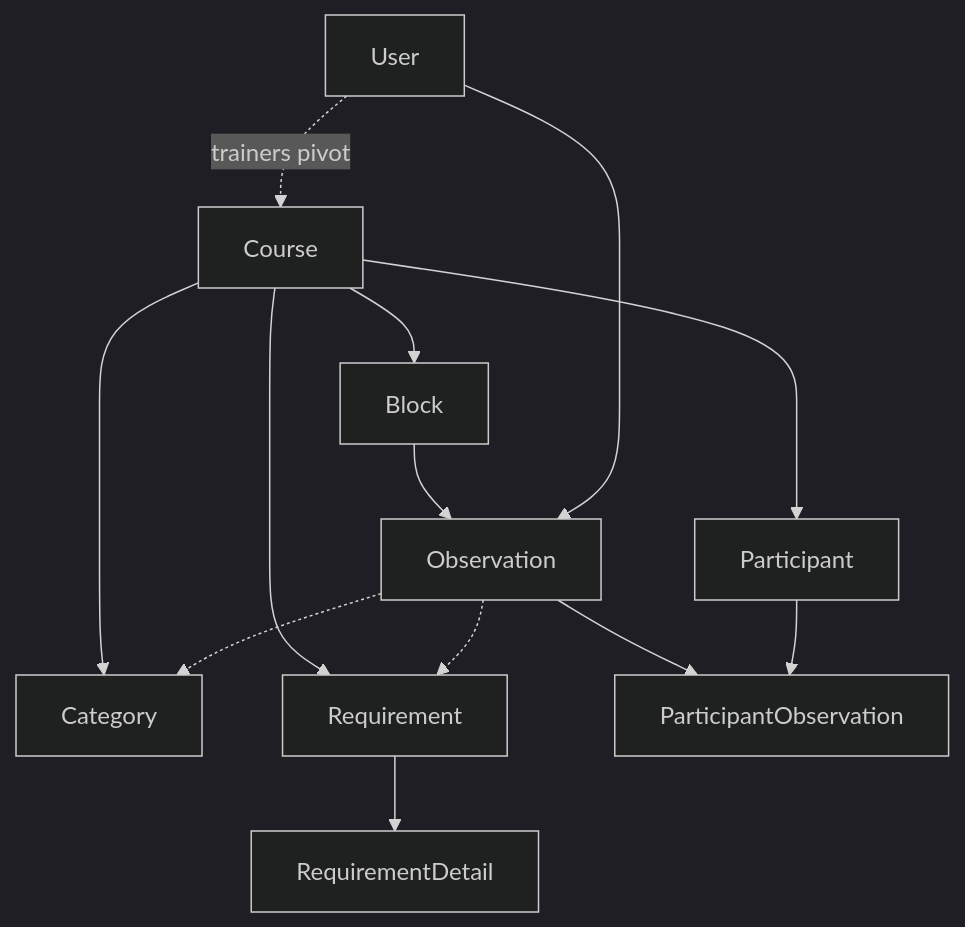
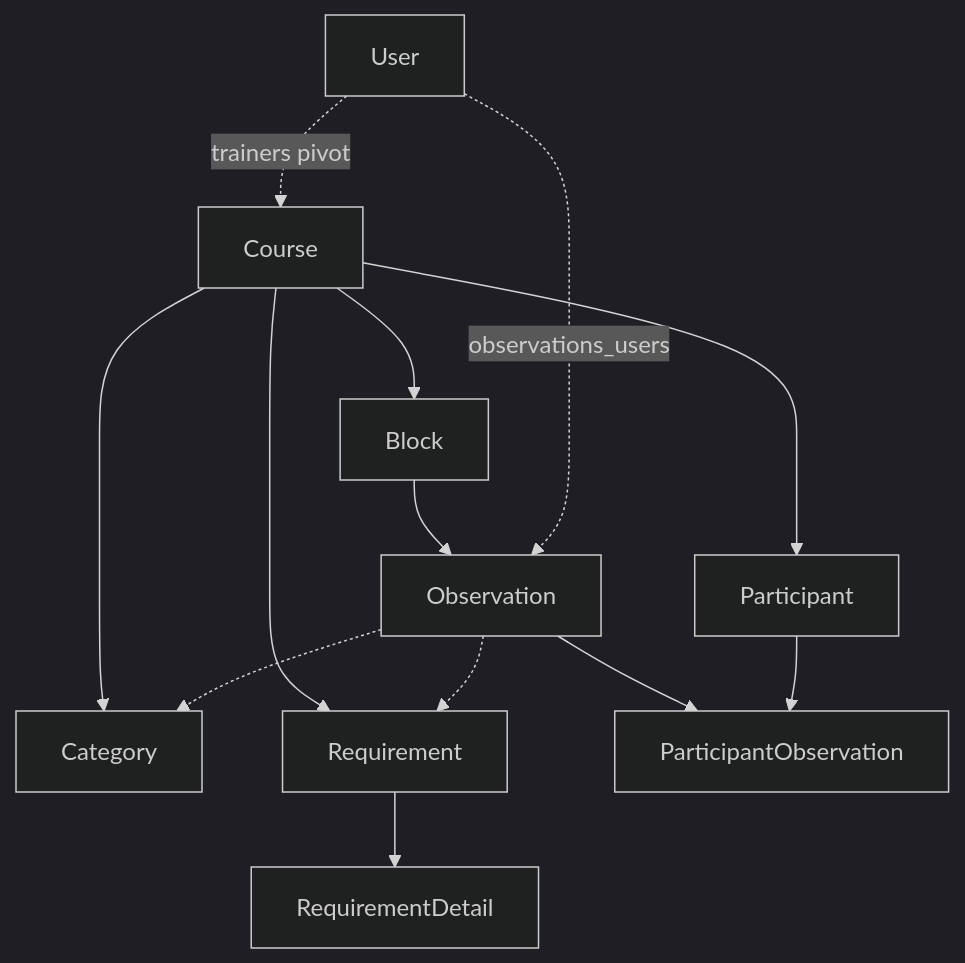
Before and after one commit to gloggi/qualix: the first of 4 diagrams in docs/Architecture/12 Domain Model and Database Schema.md, drawn with Mermaid (dark theme). The commit also changed other lines of this file and 30 other files, not shown here.

````diff
--- a/docs/Architecture/12 Domain Model and Database Schema.md
+++ b/docs/Architecture/12 Domain Model and Database Schema.md
@@ -9,18 +9,18 @@
 ```mermaid
 graph TD
     User -.->|trainers pivot| Course
 
     Course --> Participant
     Course --> Category
     Course --> Requirement
     Course --> Block
 
     Requirement --> RequirementDetail
 
     Block --> Observation
-    User --> Observation
+    User -.->|observations_users| Observation
     Observation --> ParticipantObservation
     Participant --> ParticipantObservation
     Observation -.-> Requirement
     Observation -.-> Category
 ```
````
